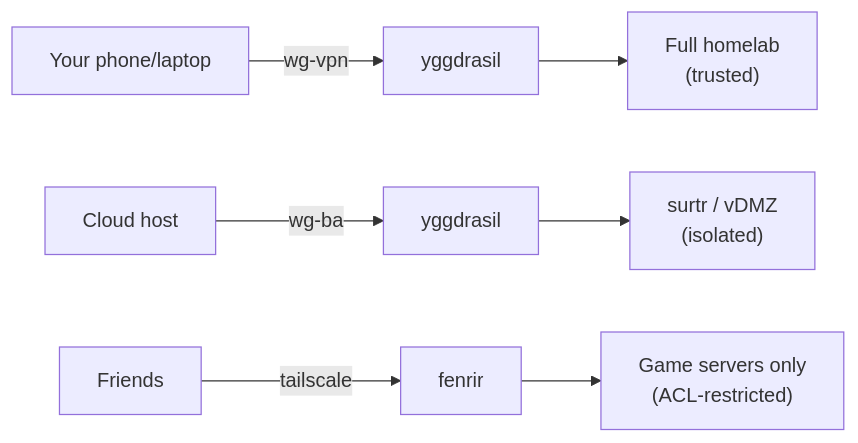
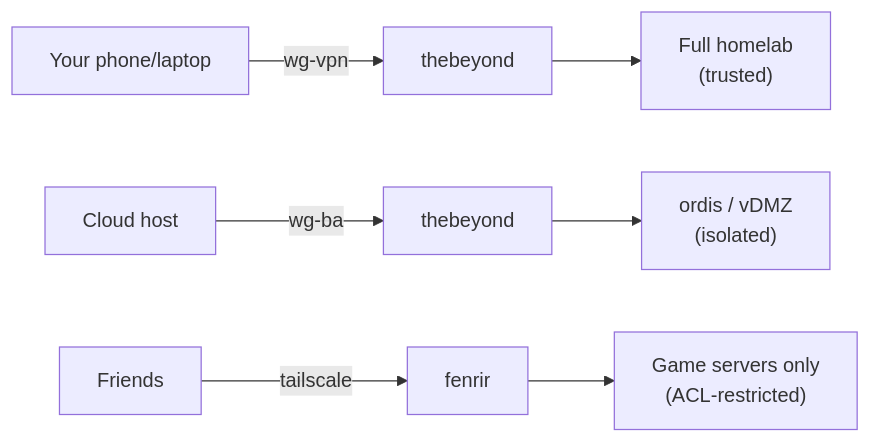
One commit to mutantmell/dotfiles changed the third of 3 diagrams in llm-notes/headscale-integration-plan.md. Above: the diagram before and after it, drawn with Mermaid. The commit also changed other lines of this file and 7 other files, not shown here.

````diff
--- a/llm-notes/headscale-integration-plan.md
+++ b/llm-notes/headscale-integration-plan.md
@@ -610,6 +610,6 @@
 ```mermaid
 flowchart LR
-    You["Your phone/laptop"] -->|wg-vpn| Y1["yggdrasil"] --> HL["Full homelab\n(trusted)"]
-    Cloud["Cloud host"] -->|wg-ba| Y2["yggdrasil"] --> Surtr["surtr / vDMZ\n(isolated)"]
+    You["Your phone/laptop"] -->|wg-vpn| Y1["thebeyond"] --> HL["Full homelab\n(trusted)"]
+    Cloud["Cloud host"] -->|wg-ba| Y2["thebeyond"] --> Ordis["ordis / vDMZ\n(isolated)"]
     Friends["Friends"] -->|tailscale| Fenrir["fenrir"] --> GS["Game servers only\n(ACL-restricted)"]
 ```
````
